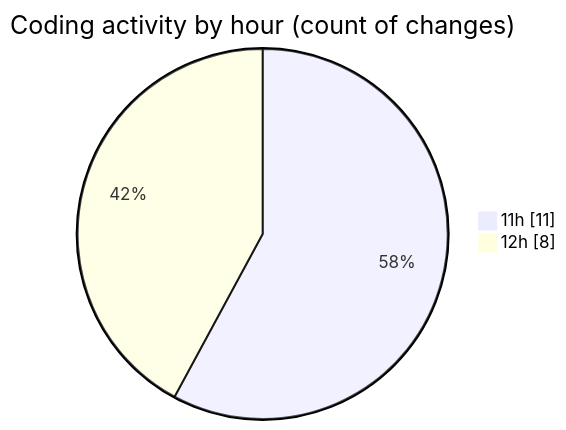
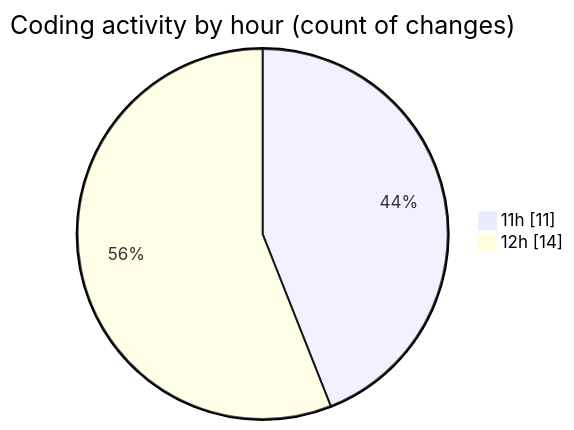
Before and after one commit to nxtqubesakshisongat/code-tracking: the second of 2 diagrams in 2025-10-14/nxtqube_webapp/README.md, drawn with Mermaid. The commit also changed other lines of this file and 1 other file, not shown here.

````diff
--- a/2025-10-14/nxtqube_webapp/README.md
+++ b/2025-10-14/nxtqube_webapp/README.md
@@ -29,6 +29,6 @@
 ```mermaid
 pie showData
 title Coding activity by hour (count of changes)
 "11h" : 11
-"12h" : 8
+"12h" : 14
 ```
````
